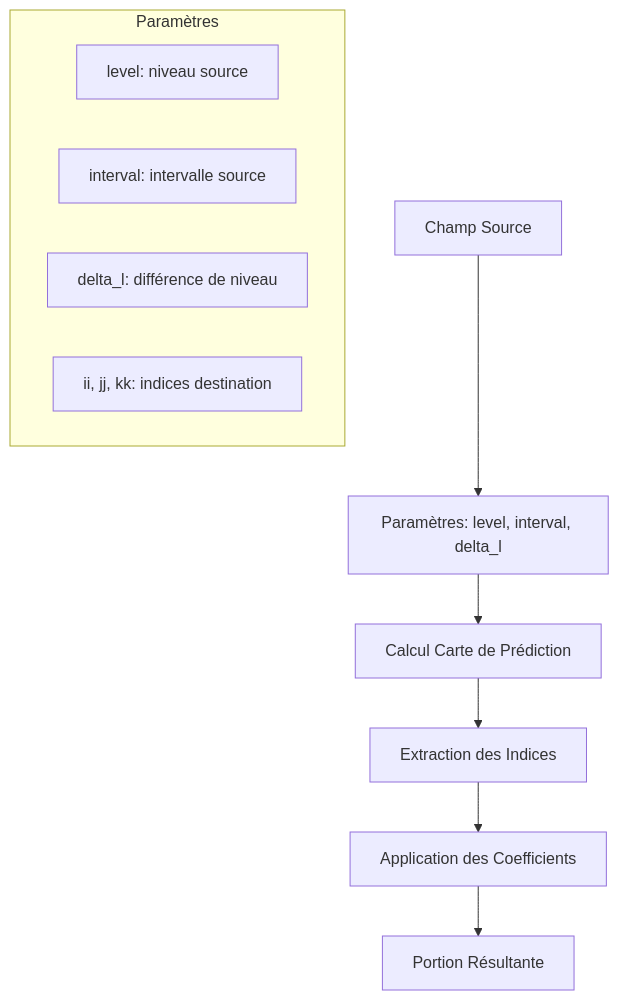
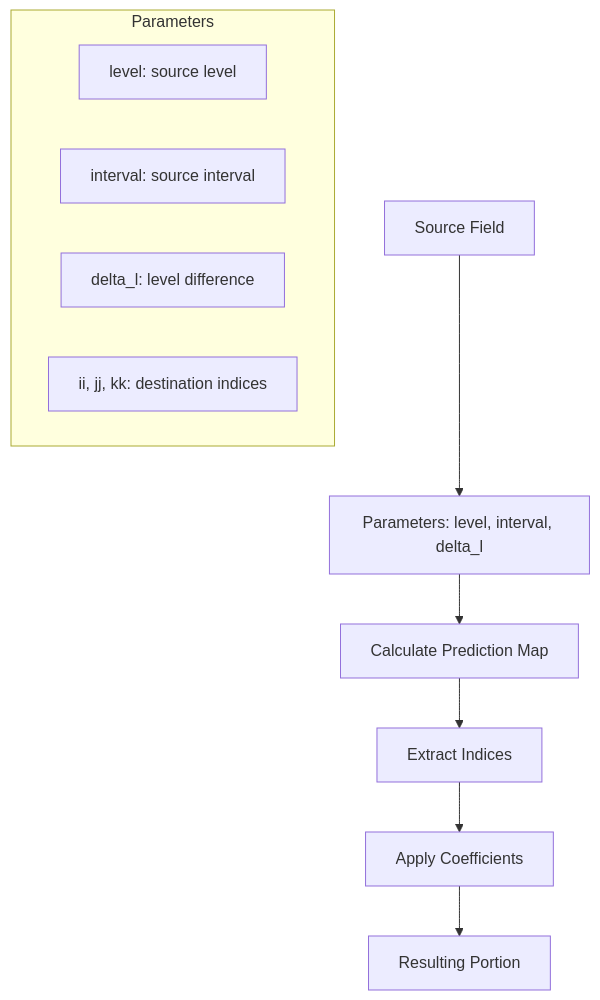
Before and after one commit to sbstndb/samurai: the sixth of 9 diagrams in docs/reconstruction_system.md, drawn with Mermaid. The commit also changed other lines of this file and 8 other files, not shown here.

````diff
--- a/docs/reconstruction_system.md
+++ b/docs/reconstruction_system.md
@@ -202,15 +202,15 @@
 ```mermaid
 graph TD
-    A[Champ Source] --> B[Paramètres: level, interval, delta_l]
-    B --> C[Calcul Carte de Prédiction]
-    C --> D[Extraction des Indices]
-    D --> E[Application des Coefficients]
-    E --> F[Portion Résultante]
+    A[Source Field] --> B[Parameters: level, interval, delta_l]
+    B --> C[Calculate Prediction Map]
+    C --> D[Extract Indices]
+    D --> E[Apply Coefficients]
+    E --> F[Resulting Portion]
     
-    subgraph "Paramètres"
-        G[level: niveau source]
-        H[interval: intervalle source]
-        I[delta_l: différence de niveau]
-        J[ii, jj, kk: indices destination]
+    subgraph "Parameters"
+        G[level: source level]
+        H[interval: source interval]
+        I[delta_l: level difference]
+        J[ii, jj, kk: destination indices]
     end
 ```
````
